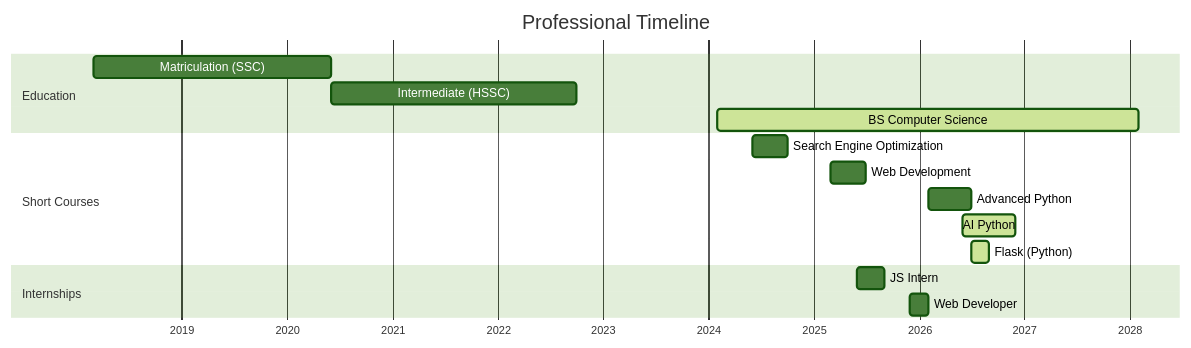
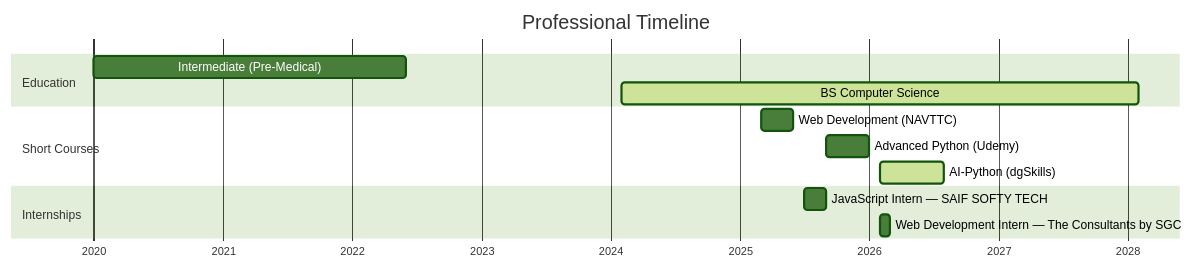
The diagram in README.md (ahmadubaid061/ahmadubaid061), drawn with Mermaid (forest theme) before and after one commit. The commit also changed other lines of this file, not shown here.

````diff
--- a/README.md
+++ b/README.md
@@ -106,22 +151,19 @@
 ```mermaid
 gantt
     title Professional Timeline
     dateFormat  YYYY-MM
     axisFormat  %Y
 
     section Education
-    Matriculation (SSC)      :a1, 2018-03, 2020-06
-    Intermediate (HSSC)      :a2, after a1, 2022-10
-    BS Computer Science      :active, a3, 2024-02, 2028-02
+    Intermediate (Pre-Medical) :a1, 2020-01, 2022-06
+    BS Computer Science         :active, a2, 2024-02, 2028-02
 
     section Short Courses
-    Search Engine Optimization :a4, 2024-06, 2024-10
-    Web Development             :a5, 2025-03, 2025-07
-    Advanced Python              :a6, 2026-02, 2026-07
-    AI Python                    :active, a7, 2026-06, 2026-12
-    Flask (Python)                :active, a8, 2026-07, 2026-09
+    Web Development (NAVTTC)   :a3, 2025-03, 2025-06
+    Advanced Python (Udemy)     :a4, 2025-09, 2026-01
+    AI-Python (dgSkills)         :active, a5, 2026-02, 2026-08
 
     section Internships
-    JS Intern            :a9, 2025-06, 2025-09
-    Web Developer         :a10, 2025-12, 2026-02
+    JavaScript Intern — SAIF SOFTY TECH :a6, 2025-07, 2025-09
+    Web Development Intern — The Consultants by SGC :a7, 2026-02, 2026-03
 ```
````
